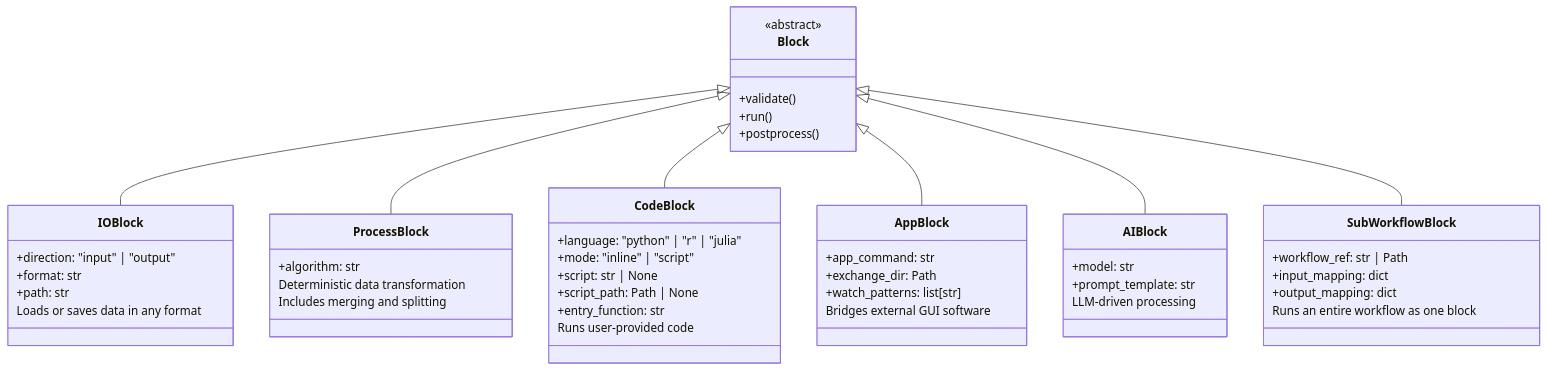
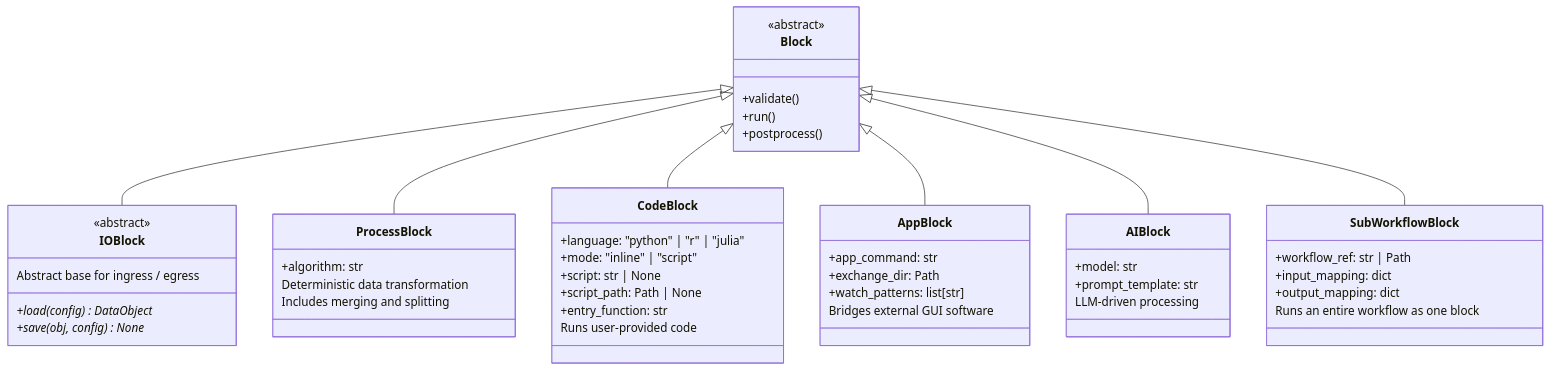
The third of 3 diagrams in docs/architecture/ARCHITECTURE.md (zjzcpj/SciEasy), drawn with Mermaid before and after one commit. The commit also changed other lines of this file and 4 other files, not shown here.

First line of the commit message:
docs(#328): T-TRK-010 architecture doc updates for ADR-028 + Addendum 1 (Sprint A complete) (#330)

````diff
--- a/docs/architecture/ARCHITECTURE.md
+++ b/docs/architecture/ARCHITECTURE.md
@@ -802,58 +802,58 @@
 ```mermaid
 classDiagram
     class Block {
         <<abstract>>
         +validate()
         +run()
         +postprocess()
     }
 
     class IOBlock {
-        +direction: "input" | "output"
-        +format: str
-        +path: str
-        Loads or saves data in any format
+        <<abstract>>
+        +load(config) DataObject*
+        +save(obj, config) None*
+        Abstract base for ingress / egress
     }
 
     class ProcessBlock {
         +algorithm: str
         Deterministic data transformation
         Includes merging and splitting
     }
 
     class CodeBlock {
         +language: "python" | "r" | "julia"
         +mode: "inline" | "script"
         +script: str | None
         +script_path: Path | None
         +entry_function: str
         Runs user-provided code
     }
 
     class AppBlock {
         +app_command: str
         +exchange_dir: Path
         +watch_patterns: list[str]
         Bridges external GUI software
     }
 
     class AIBlock {
         +model: str
         +prompt_template: str
         LLM-driven processing
     }
 
     class SubWorkflowBlock {
         +workflow_ref: str | Path
         +input_mapping: dict
         +output_mapping: dict
         Runs an entire workflow as one block
     }
 
     Block <|-- IOBlock
     Block <|-- ProcessBlock
     Block <|-- CodeBlock
     Block <|-- AppBlock
     Block <|-- AIBlock
     Block <|-- SubWorkflowBlock
 ```
````
